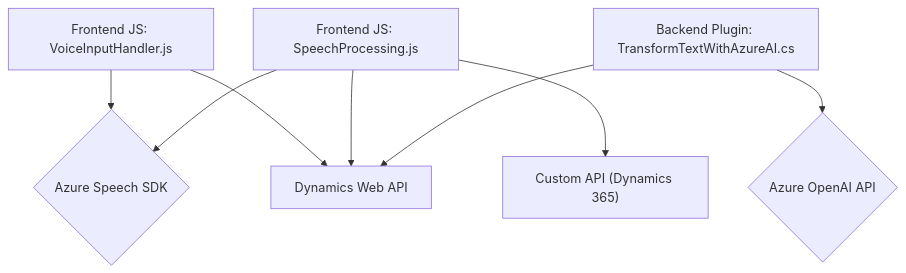
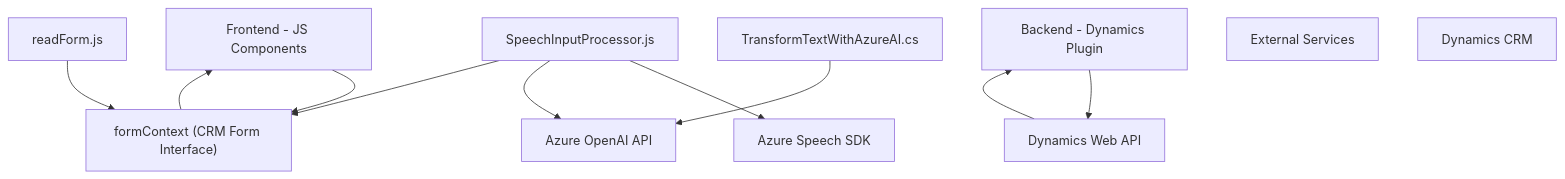
One commit to blopezdm/NETCORE_BILBAO2025 changed the diagram in README.md. Above: the diagram before and after it, drawn with Mermaid. The commit also changed other lines of this file, not shown here.

````diff
--- a/README.md
+++ b/README.md
@@ -37,10 +42,24 @@
 ```mermaid
 graph TD
-  A["Frontend JS: VoiceInputHandler.js"] --> B{"Azure Speech SDK"}
-  A["Frontend JS: VoiceInputHandler.js"] --> C["Dynamics Web API"]
-  D["Frontend JS: SpeechProcessing.js"] --> B{"Azure Speech SDK"}
-  D["Frontend JS: SpeechProcessing.js"] --> C["Dynamics Web API"]
-  D["Frontend JS: SpeechProcessing.js"] --> E["Custom API (Dynamics 365)"]
-  F["Backend Plugin: TransformTextWithAzureAI.cs"] --> G{"Azure OpenAI API"}
-  F["Backend Plugin: TransformTextWithAzureAI.cs"] --> C["Dynamics Web API"]
+    A["Frontend - JS Components"]
+    A1["SpeechInputProcessor.js"]
+    A2["readForm.js"]
+    B["Backend - Dynamics Plugin"]
+    B1["TransformTextWithAzureAI.cs"]
+    C["External Services"]
+    C1["Azure Speech SDK"]
+    C2["Azure OpenAI API"]
+    D["Dynamics CRM"]
+    D1["formContext (CRM Form Interface)"]
+    D2["Dynamics Web API"]
+
+    A --> D1
+    A1 --> C1
+    A1 --> C2
+    A1 --> D1
+    A2 --> D1
+    B --> D2
+    B1 --> C2
+    D1 --> A
+    D2 --> B
 ```
````
